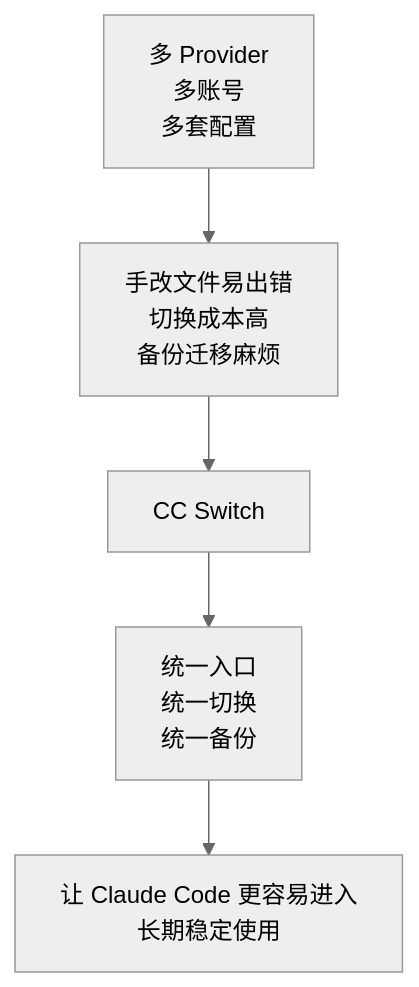
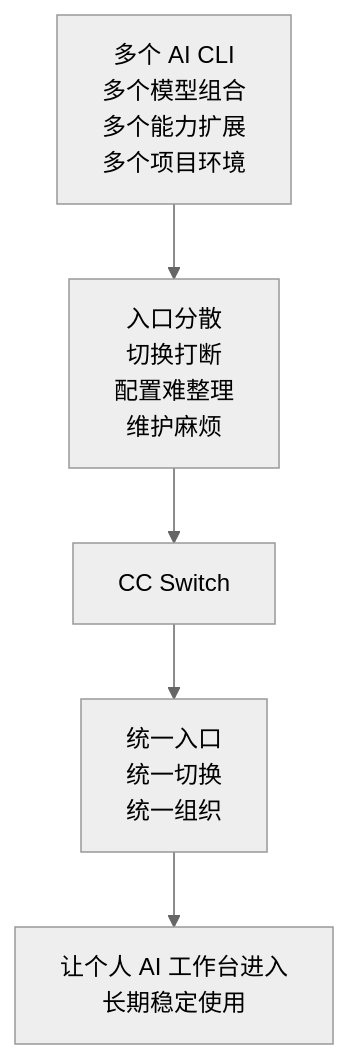
One commit to boycecong-hue/OCTOPUS-GAME-AI-SHARE changed the first of 3 diagrams in sections/03-ccswitch.md. Above: the diagram before and after it, drawn with Mermaid (neutral theme). The commit also changed other lines of this file, not shown here.

Commit message:
docs: rewrite CC Switch around personal AI workbench control

````diff
--- a/sections/03-ccswitch.md
+++ b/sections/03-ccswitch.md
@@ -23,7 +25,7 @@
 ```mermaid
 flowchart TB
-    Chaos["多 Provider<br/>多账号<br/>多套配置"] --> Pain["手改文件易出错<br/>切换成本高<br/>备份迁移麻烦"]
-    Pain --> CCS["CC Switch"]
-    CCS --> Order["统一入口<br/>统一切换<br/>统一备份"]
-    Order --> Stable["让 Claude Code 更容易进入<br/>长期稳定使用"]
+    Multi["多个 AI CLI<br/>多个模型组合<br/>多个能力扩展<br/>多个项目环境"] --> Split["入口分散<br/>切换打断<br/>配置难整理<br/>维护麻烦"]
+    Split --> CCS["CC Switch"]
+    CCS --> Order["统一入口<br/>统一切换<br/>统一组织"]
+    Order --> Stable["让个人 AI 工作台进入<br/>长期稳定使用"]
 ```
````
